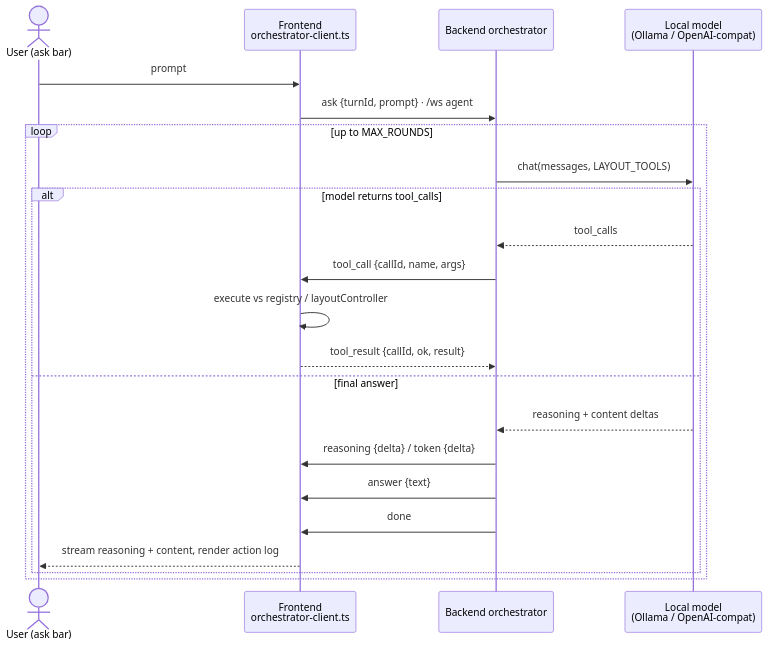
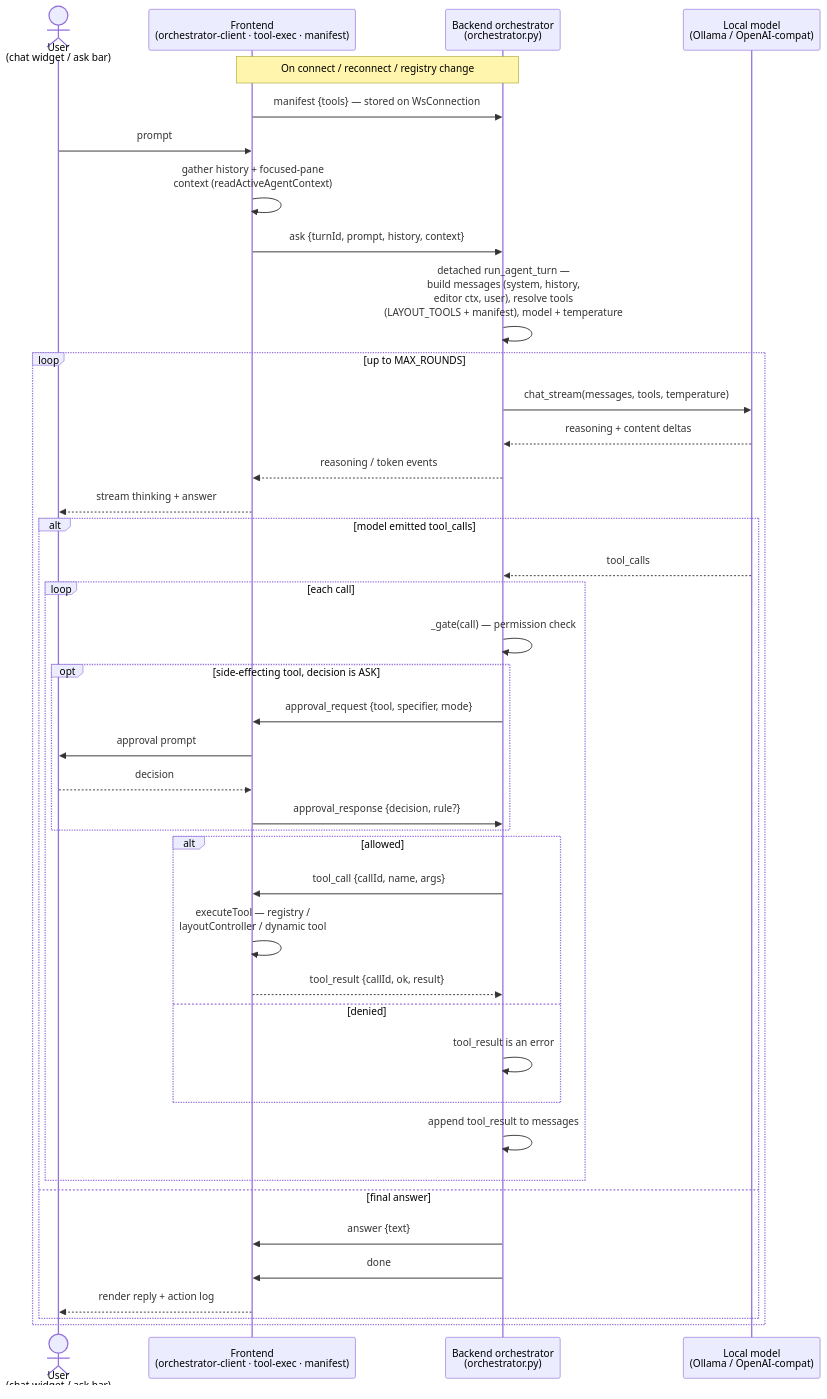
The diagram in docs/modules/agent-chat.mdx (ConstCorrectness/horrible-dashboard), drawn with Mermaid before and after one commit. The commit also changed other lines of this file and 25 other files, not shown here.

````diff
--- a/docs/modules/agent-chat.mdx
+++ b/docs/modules/agent-chat.mdx
@@ -72,25 +72,47 @@
 ```mermaid
 sequenceDiagram
-    actor U as User (ask bar)
-    participant FE as Frontend<br/>orchestrator-client.ts
-    participant BE as Backend orchestrator
+    actor U as User<br/>(chat widget / ask bar)
+    participant FE as Frontend<br/>(orchestrator-client · tool-exec · manifest)
+    participant BE as Backend orchestrator<br/>(orchestrator.py)
     participant M as Local model<br/>(Ollama / OpenAI-compat)
 
+    Note over FE,BE: On connect / reconnect / registry change
+    FE->>BE: manifest {tools} — stored on WsConnection
+
     U->>FE: prompt
-    FE->>BE: ask {turnId, prompt} · /ws agent
+    FE->>FE: gather history + focused-pane<br/>context (readActiveAgentContext)
+    FE->>BE: ask {turnId, prompt, history, context}
+    BE->>BE: detached run_agent_turn —<br/>build messages (system, history,<br/>editor ctx, user), resolve tools<br/>(LAYOUT_TOOLS + manifest), model + temperature
+
     loop up to MAX_ROUNDS
-        BE->>M: chat(messages, LAYOUT_TOOLS)
-        alt model returns tool_calls
+        BE->>M: chat_stream(messages, tools, temperature)
+        M-->>BE: reasoning + content deltas
+        BE-->>FE: reasoning / token events
+        FE-->>U: stream thinking + answer
+
+        alt model emitted tool_calls
             M-->>BE: tool_calls
-            BE->>FE: tool_call {callId, name, args}
-            FE->>FE: execute vs registry / layoutController
-            FE-->>BE: tool_result {callId, ok, result}
+            loop each call
+                BE->>BE: _gate(call) — permission check
+                opt side-effecting tool, decision is ASK
+                    BE->>FE: approval_request {tool, specifier, mode}
+                    FE->>U: approval prompt
+                    U-->>FE: decision
+                    FE->>BE: approval_response {decision, rule?}
+                end
+                alt allowed
+                    BE->>FE: tool_call {callId, name, args}
+                    FE->>FE: executeTool — registry /<br/>layoutController / dynamic tool
+                    FE-->>BE: tool_result {callId, ok, result}
+                else denied
+                    BE->>BE: tool_result is an error
+                end
+                BE->>BE: append tool_result to messages
+            end
         else final answer
-            M-->>BE: reasoning + content deltas
-            BE->>FE: reasoning {delta} / token {delta}
             BE->>FE: answer {text}
             BE->>FE: done
-            FE-->>U: stream reasoning + content, render action log
+            FE-->>U: render reply + action log
         end
     end
 ```
````
